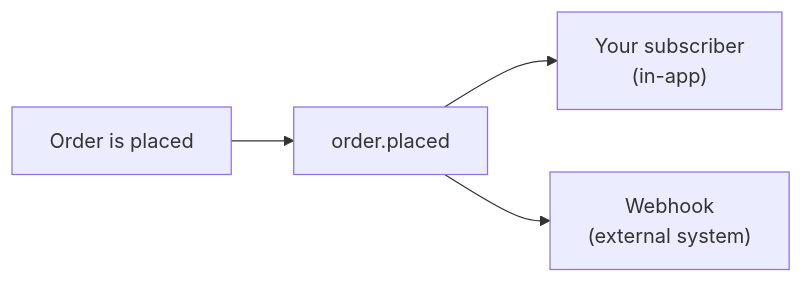
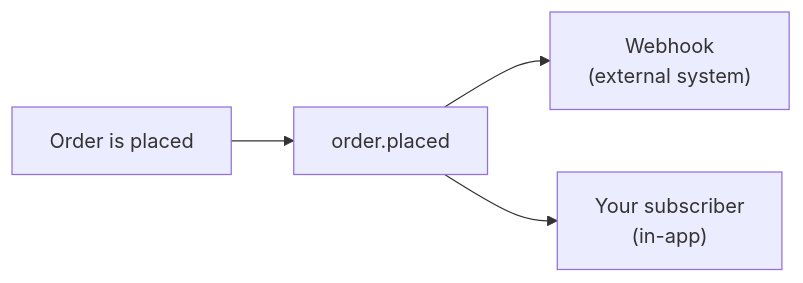
One commit to spree/spree changed the diagram in docs/developer/core-concepts/events.mdx. Above: the diagram before and after it, drawn with Mermaid. The commit also changed other lines of this file, not shown here.

````diff
--- a/docs/developer/core-concepts/events.mdx
+++ b/docs/developer/core-concepts/events.mdx
@@ -12,6 +15,6 @@
 ```mermaid
 flowchart LR
     Action["Order is placed"] --> Event["order.placed"]
+    Event --> Hook["Webhook<br/>(external system)"]
     Event --> Sub["Your subscriber<br/>(in-app)"]
-    Event --> Hook["Webhook<br/>(external system)"]
 ```
````
